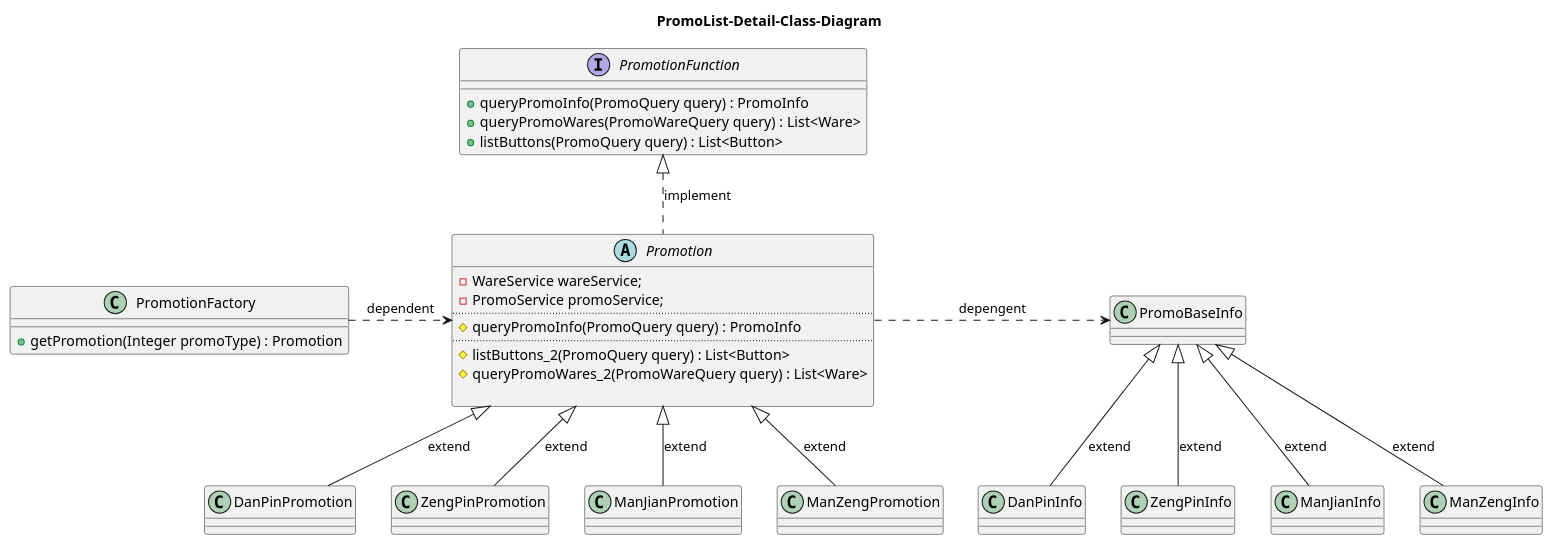
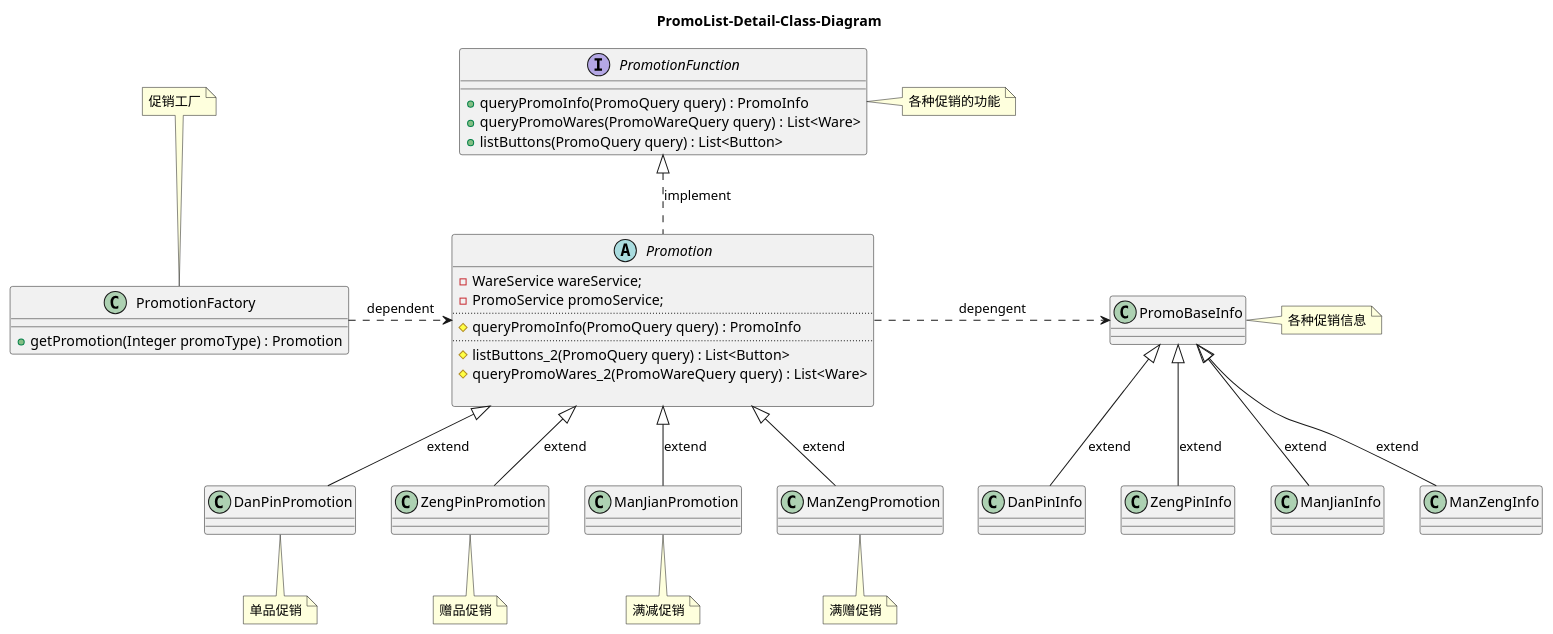
One commit to HanyuKing/uml changed the diagram in src/uml/T1-T2/prom.shop/class/promotion-factory-class-diagram.puml. Above: the diagram before and after it, drawn with PlantUML. The commit also changed 4 other files, not shown here.

Commit message:
SHOP端重构类图属性

```diff
--- a/src/uml/T1-T2/prom.shop/class/promotion-factory-class-diagram.puml
+++ b/src/uml/T1-T2/prom.shop/class/promotion-factory-class-diagram.puml
@@ -1,54 +1,62 @@
 @startuml
 title PromoList-Detail-Class-Diagram
 scale 1
 
 interface PromotionFunction {
     +queryPromoInfo(PromoQuery query) : PromoInfo
     +queryPromoWares(PromoWareQuery query) : List<Ware>
     +listButtons(PromoQuery query) : List<Button>
 }
 
 abstract class Promotion {
     -WareService wareService;
     -PromoService promoService;
     ..
     #queryPromoInfo(PromoQuery query) : PromoInfo
     ..
     #listButtons_2(PromoQuery query) : List<Button>
     #queryPromoWares_2(PromoWareQuery query) : List<Ware>
 
 }
 
 class DanPinPromotion
 class ZengPinPromotion
 class ManJianPromotion
 class ManZengPromotion
 
 class PromotionFactory {
     +getPromotion(Integer promoType) : Promotion
 }
 
 PromotionFunction <|.. Promotion : implement
 
 Promotion <|-- DanPinPromotion : extend
 Promotion <|-- ZengPinPromotion : extend
 Promotion <|-- ManJianPromotion : extend
 Promotion <|-- ManZengPromotion : extend
 
 PromotionFactory .right.> Promotion : dependent
 
 class PromoBaseInfo
 class DanPinInfo
 class ZengPinInfo
 class ManJianInfo
 class ManZengInfo
 
 
 Promotion .right.> PromoBaseInfo : depengent
 DanPinInfo -up-|> PromoBaseInfo : extend
 ZengPinInfo -up-|> PromoBaseInfo : extend
 ManJianInfo -up-|> PromoBaseInfo : extend
 ManZengInfo -up-|> PromoBaseInfo : extend
 
+note top of PromotionFactory : 促销工厂
+note bottom of DanPinPromotion : 单品促销
+note bottom of ZengPinPromotion : 赠品促销
+note bottom of ManJianPromotion : 满减促销
+note bottom of ManZengPromotion : 满赠促销
+note right of PromoBaseInfo : 各种促销信息
+note right of PromotionFunction : 各种促销的功能
+
 
 @enduml
```
